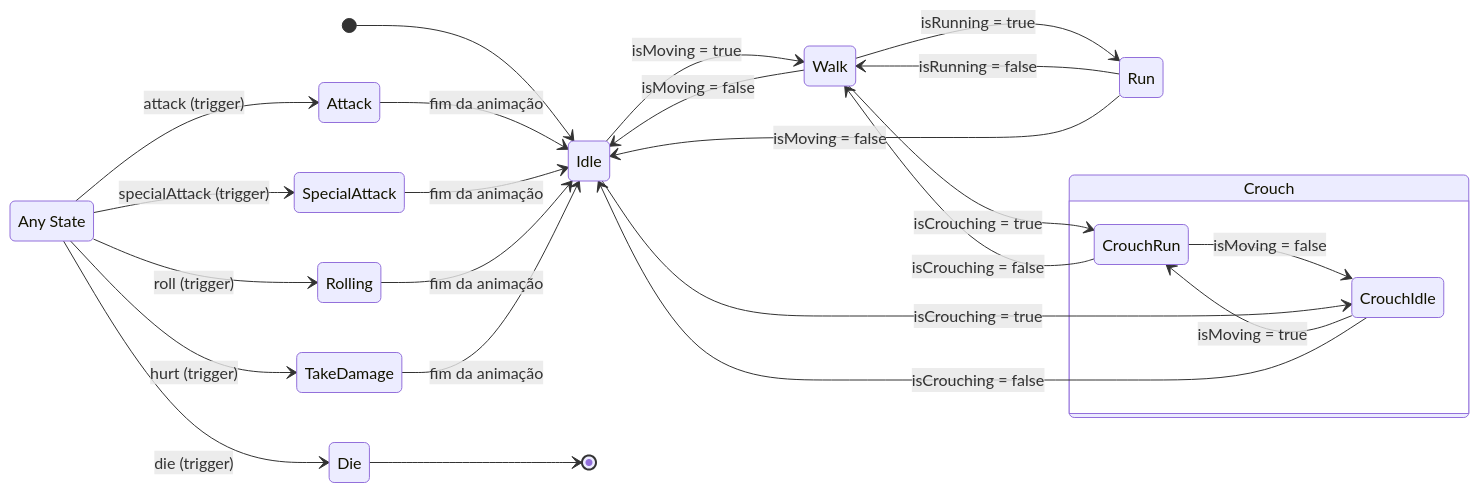
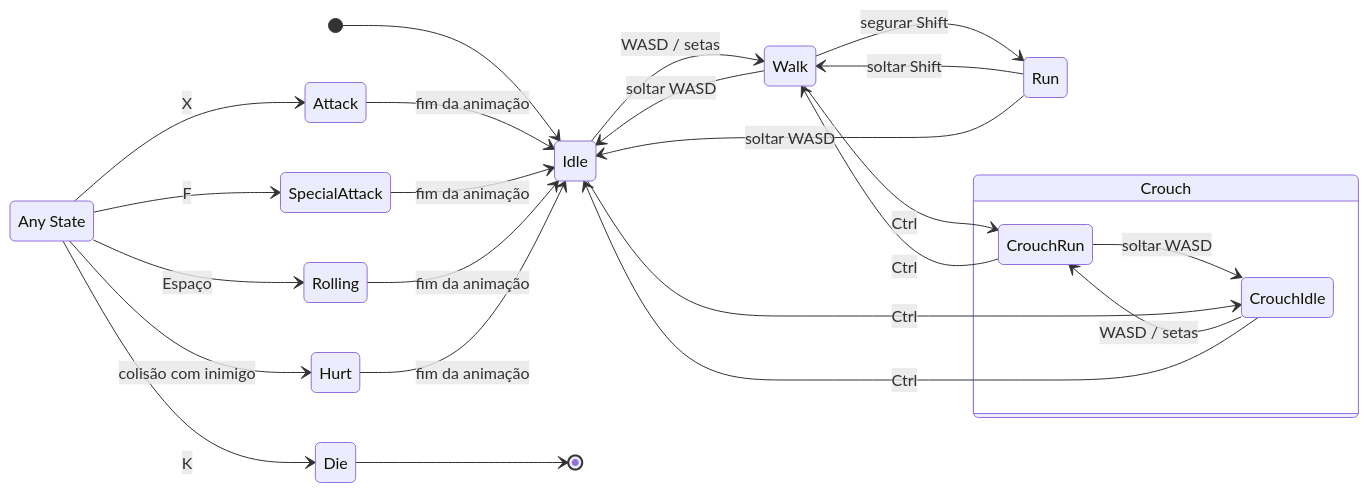
Before and after one commit to 4ferfer2l8/ProvaIA: the diagram in README.md, drawn with Mermaid.

Commit message:
Update state diagram with control inputs in README

````diff
--- a/README.md
+++ b/README.md
@@ -21,39 +21,39 @@
 ```mermaid
 stateDiagram-v2
     direction LR
-
+ 
     [*] --> Idle
-
-    Idle --> Walk: isMoving = true
-    Walk --> Idle: isMoving = false
-
-    Walk --> Run: isRunning = true
-    Run --> Walk: isRunning = false
-    Run --> Idle: isMoving = false
-
+ 
+    Idle --> Walk: WASD / setas
+    Walk --> Idle: soltar WASD
+ 
+    Walk --> Run: segurar Shift
+    Run --> Walk: soltar Shift
+    Run --> Idle: soltar WASD
+ 
     state Crouch {
         direction LR
-        CrouchIdle --> CrouchRun: isMoving = true
-        CrouchRun --> CrouchIdle: isMoving = false
+        CrouchIdle --> CrouchRun: WASD / setas
+        CrouchRun --> CrouchIdle: soltar WASD
     }
-
-    Idle --> CrouchIdle: isCrouching = true
-    CrouchIdle --> Idle: isCrouching = false
-    Walk --> CrouchRun: isCrouching = true
-    CrouchRun --> Walk: isCrouching = false
-
+ 
+    Idle --> CrouchIdle: Ctrl
+    CrouchIdle --> Idle: Ctrl
+    Walk --> CrouchRun: Ctrl
+    CrouchRun --> Walk: Ctrl
+ 
     state "Any State" as AnyState
-
-    AnyState --> Attack: attack (trigger)
-    AnyState --> SpecialAttack: specialAttack (trigger)
-    AnyState --> Rolling: roll (trigger)
-    AnyState --> TakeDamage: hurt (trigger)
-    AnyState --> Die: die (trigger)
-
+ 
+    AnyState --> Attack: X
+    AnyState --> SpecialAttack: F
+    AnyState --> Rolling: Espaço
+    AnyState --> Hurt: colisão com inimigo
+    AnyState --> Die: K
+ 
     Attack --> Idle: fim da animação
     SpecialAttack --> Idle: fim da animação
     Rolling --> Idle: fim da animação
-    TakeDamage --> Idle: fim da animação
-
+    Hurt --> Idle: fim da animação
+ 
     Die --> [*]
 ```
````
